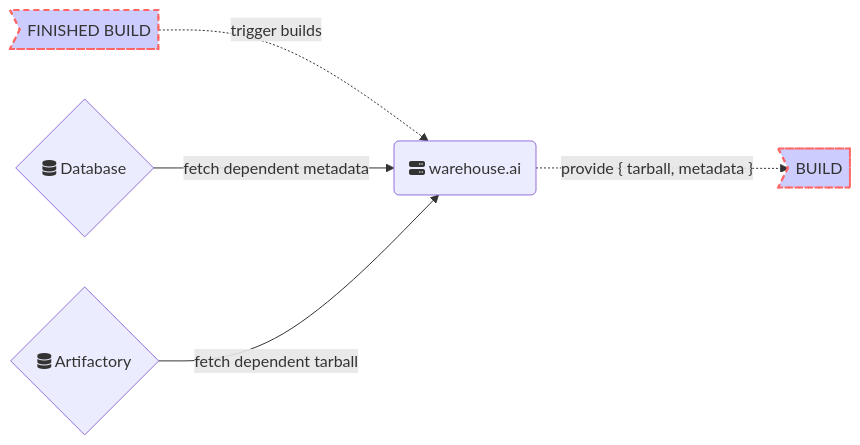
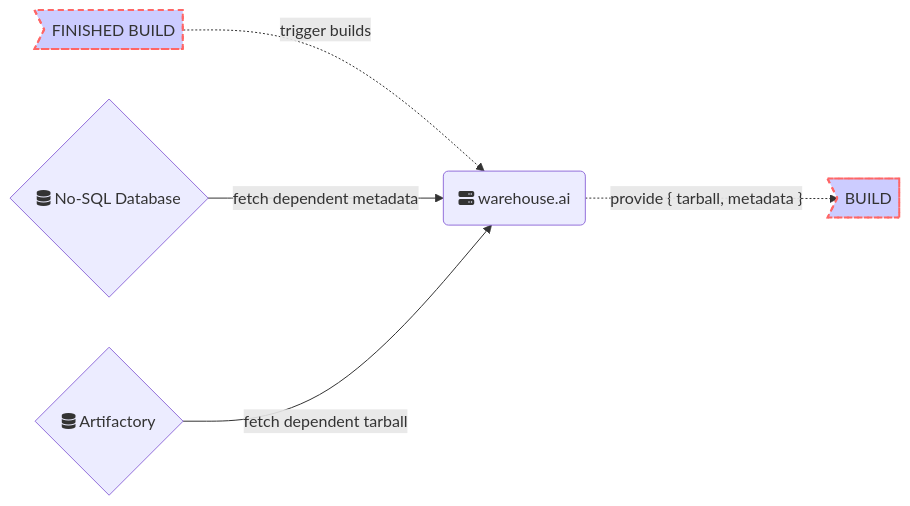
Before and after one commit to godaddy/warehouse.ai: the diagram in assets/diagrams/dependent.mmd, drawn with Mermaid. The commit also changed 7 other files, not shown here.

```diff
--- a/assets/diagrams/dependent.mmd
+++ b/assets/diagrams/dependent.mmd
@@ -1,14 +1,14 @@
 graph LR
 A>FINISHED BUILD]
 B(fa:fa-server warehouse.ai)
-C{fa:fa-database Database}
+C{fa:fa-database No-SQL Database}
 D{fa:fa-database Artifactory}
 E>BUILD]
 
 A -.-> |"trigger builds"| B
 C --> |"fetch dependent metadata"| B
 D --> |"fetch dependent tarball"| B
 B -.-> |"provide { tarball, metadata }"| E
 
 style A fill:#ccf,stroke:#f66,stroke-width:2px,stroke-dasharray: 5, 5
 style E fill:#ccf,stroke:#f66,stroke-width:2px,stroke-dasharray: 5, 5
```
